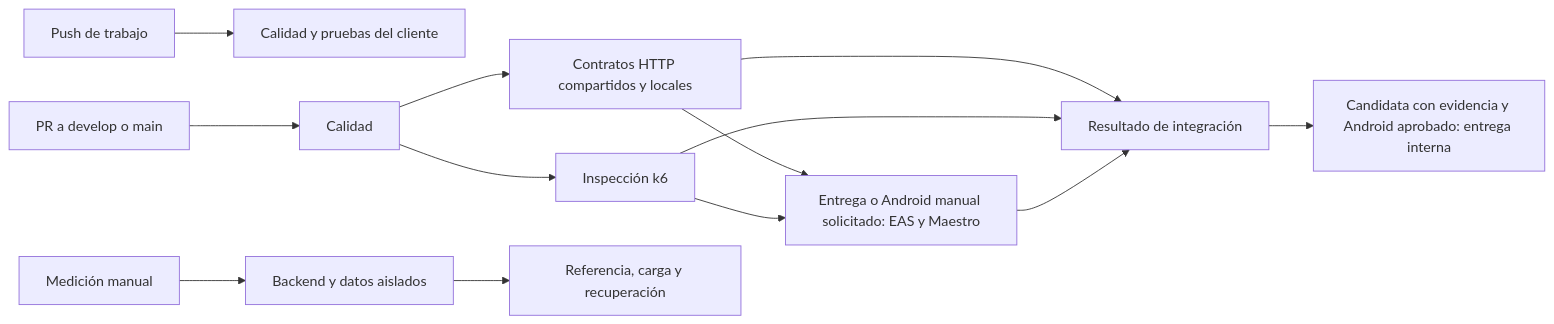
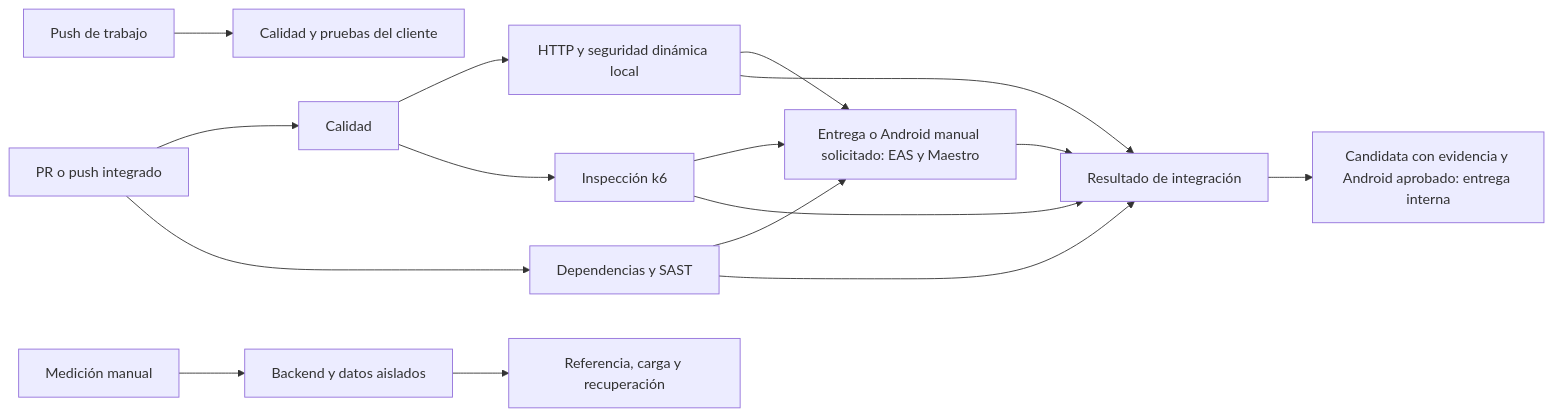
The diagram in README.md (Markadw/SportCenter-mobile), drawn with Mermaid before and after one commit. The commit also changed other lines of this file and 2 other files, not shown here.

````diff
--- a/README.md
+++ b/README.md
@@ -167,15 +179,18 @@
 ```mermaid
 flowchart LR
   A[Push de trabajo] --> B[Calidad y pruebas del cliente]
-  C[PR a develop o main] --> D[Calidad]
-  D --> E[Contratos HTTP compartidos y locales]
+  C[PR o push integrado] --> D[Calidad]
+  C --> S[Dependencias y SAST]
+  D --> E[HTTP y seguridad dinámica local]
   D --> F[Inspección k6]
   E --> G[Entrega o Android manual solicitado: EAS y Maestro]
   F --> G
+  S --> G
   E --> H[Resultado de integración]
   F --> H
+  S --> H
   G --> H
   H --> I[Candidata con evidencia y Android aprobado: entrega interna]
   J[Medición manual] --> K[Backend y datos aislados]
   K --> L[Referencia, carga y recuperación]
 ```
````
